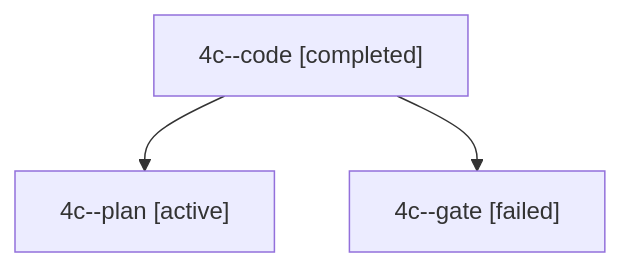
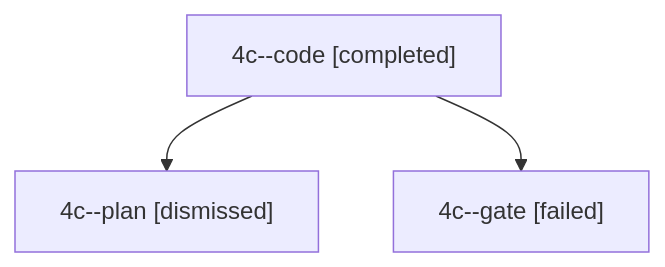
The diagram in sessions/bbugyi200.apollo.4c.md (bobs-org/bob-cli--agents), drawn with Mermaid before and after one commit. The commit also changed other lines of this file and 30 other files, not shown here.

````diff
--- a/sessions/bbugyi200.apollo.4c.md
+++ b/sessions/bbugyi200.apollo.4c.md
@@ -9,8 +9,8 @@
 ```mermaid
 flowchart TD
   n0["4c--code [completed]"]
-  n1["4c--plan [active]"]
+  n1["4c--plan [dismissed]"]
   n0 --> n1
   n2["4c--gate [failed]"]
   n0 --> n2
 ```
````
